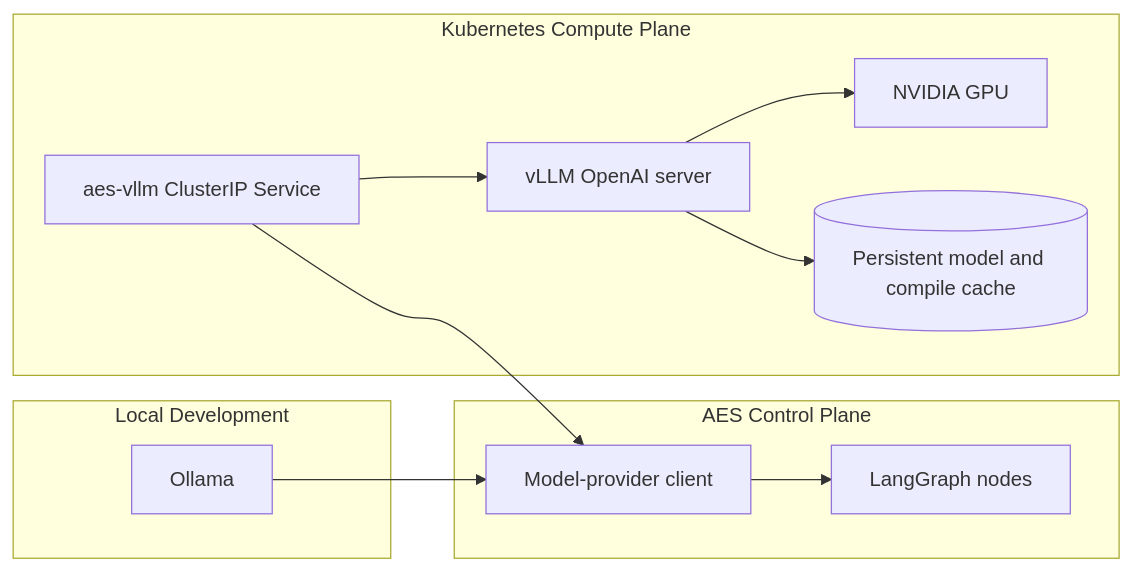
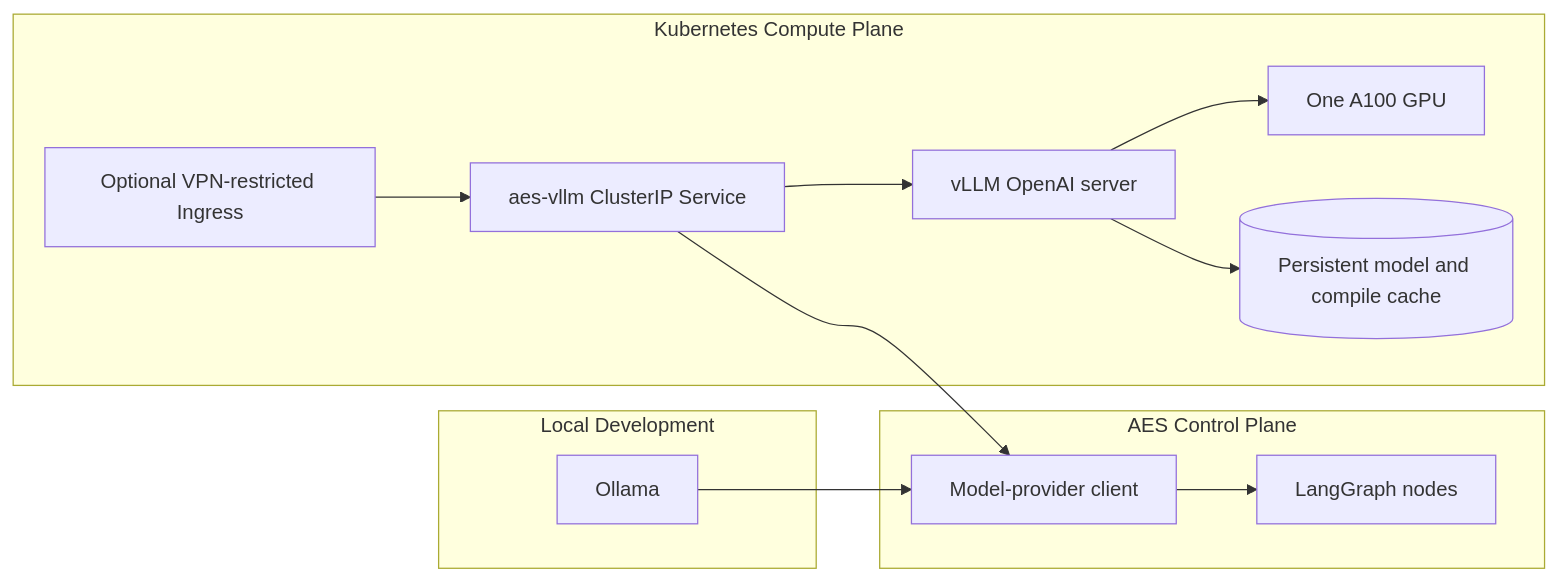
The first of 6 diagrams in vllm/architecture.md (RadmirG/AES), drawn with Mermaid before and after one commit. The commit also changed other lines of this file and 7 other files, not shown here.

````diff
--- a/vllm/architecture.md
+++ b/vllm/architecture.md
@@ -9,19 +9,20 @@
 ```mermaid
 flowchart LR
     subgraph LOCAL["Local Development"]
         ollama["Ollama"]
     end
 
     subgraph CLUSTER["Kubernetes Compute Plane"]
+        ingress["Optional VPN-restricted Ingress"] --> service
         service["aes-vllm ClusterIP Service"] --> pod["vLLM OpenAI server"]
-        pod --> gpu["NVIDIA GPU"]
+        pod --> gpu["One A100 GPU"]
         pod --> cache[("Persistent model and compile cache")]
     end
 
     subgraph AES["AES Control Plane"]
         client["Model-provider client"] --> workflow["LangGraph nodes"]
     end
 
     ollama --> client
     service --> client
 ```
````
